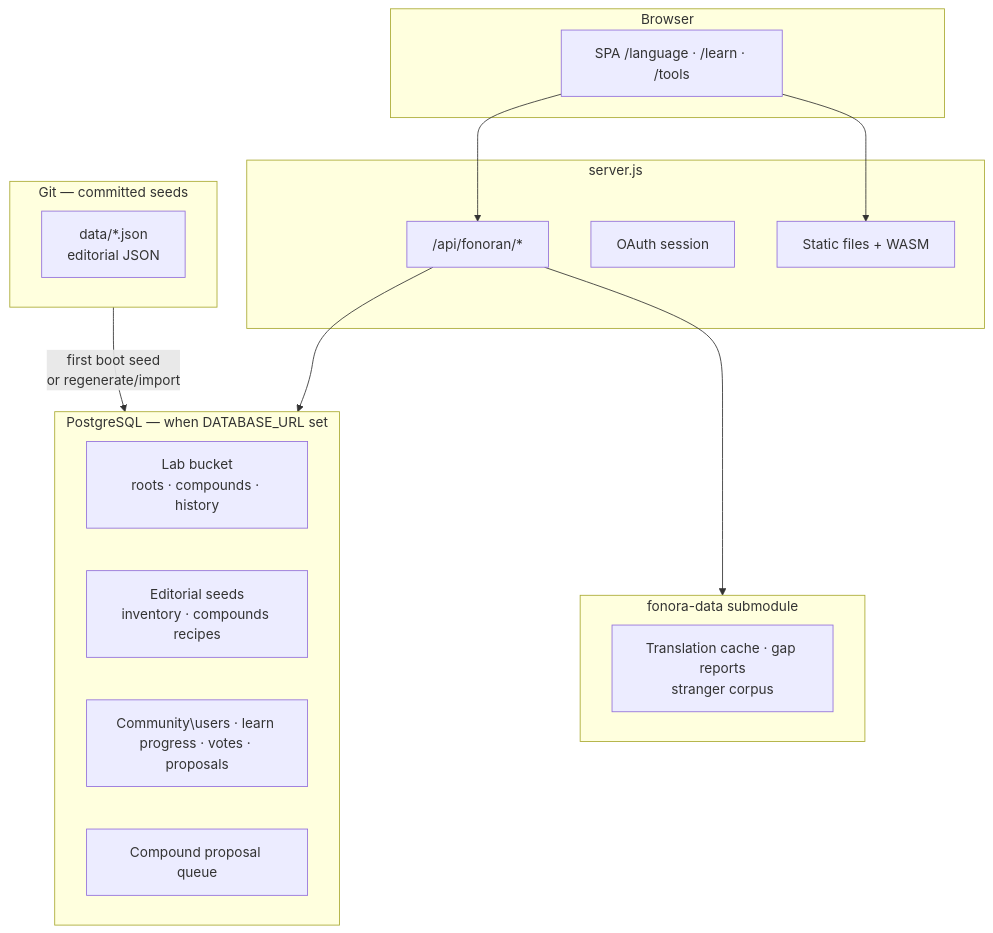
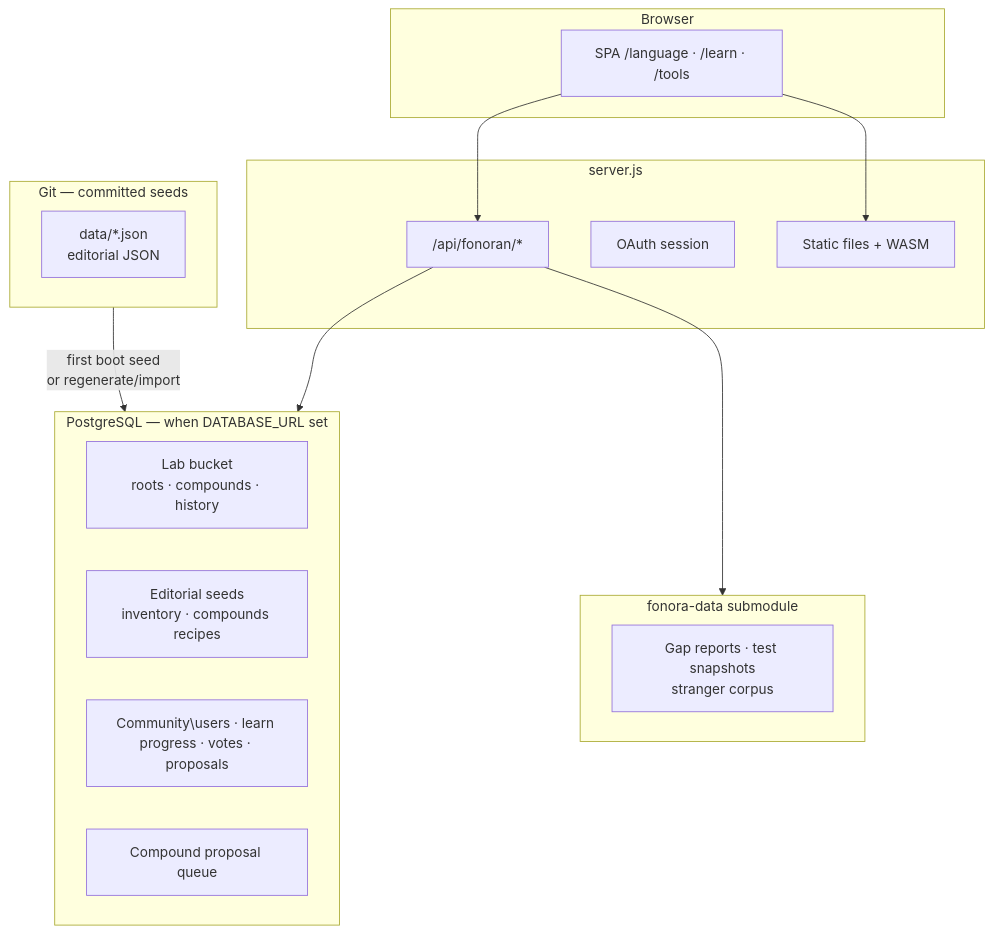
One commit to Fonora/fonora changed the diagram in docs/deploy.md. Above: the diagram before and after it, drawn with Mermaid. The commit also changed other lines of this file and 23 other files, not shown here.

````diff
--- a/docs/deploy.md
+++ b/docs/deploy.md
@@ -85,28 +85,28 @@
 ```mermaid
 flowchart TB
   subgraph browser [Browser]
     SPA["SPA /language · /learn · /tools"]
   end
   subgraph server [server.js]
     API["/api/fonoran/*"]
     OAuth["OAuth session"]
     Static["Static files + WASM"]
   end
   subgraph postgres [PostgreSQL — when DATABASE_URL set]
     Lab["Lab bucket\nroots · compounds · history"]
     Editorial["Editorial seeds\ninventory · compounds recipes"]
     Community["Community\users · learn progress · votes · proposals"]
     PropQueue["Compound proposal queue"]
   end
   subgraph gitSeeds [Git — committed seeds]
     DataJSON["data/*.json\neditorial JSON"]
   end
   subgraph fonoraData [fonora-data submodule]
-    Cache["Translation cache · gap reports\nstranger corpus"]
+    Cache["Gap reports · test snapshots\nstranger corpus"]
   end
   SPA --> API
   SPA --> Static
   API --> postgres
   gitSeeds -->|"first boot seed\nor regenerate/import"| postgres
   API --> fonoraData
 ```
````
